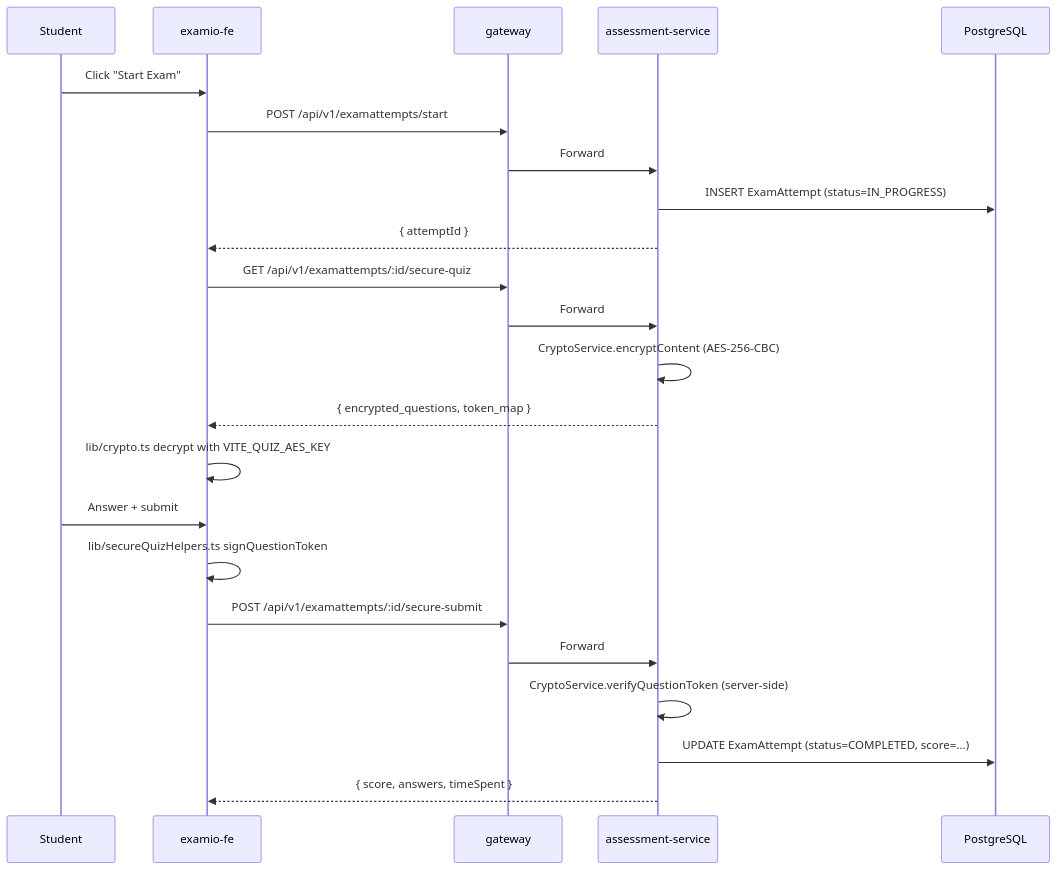
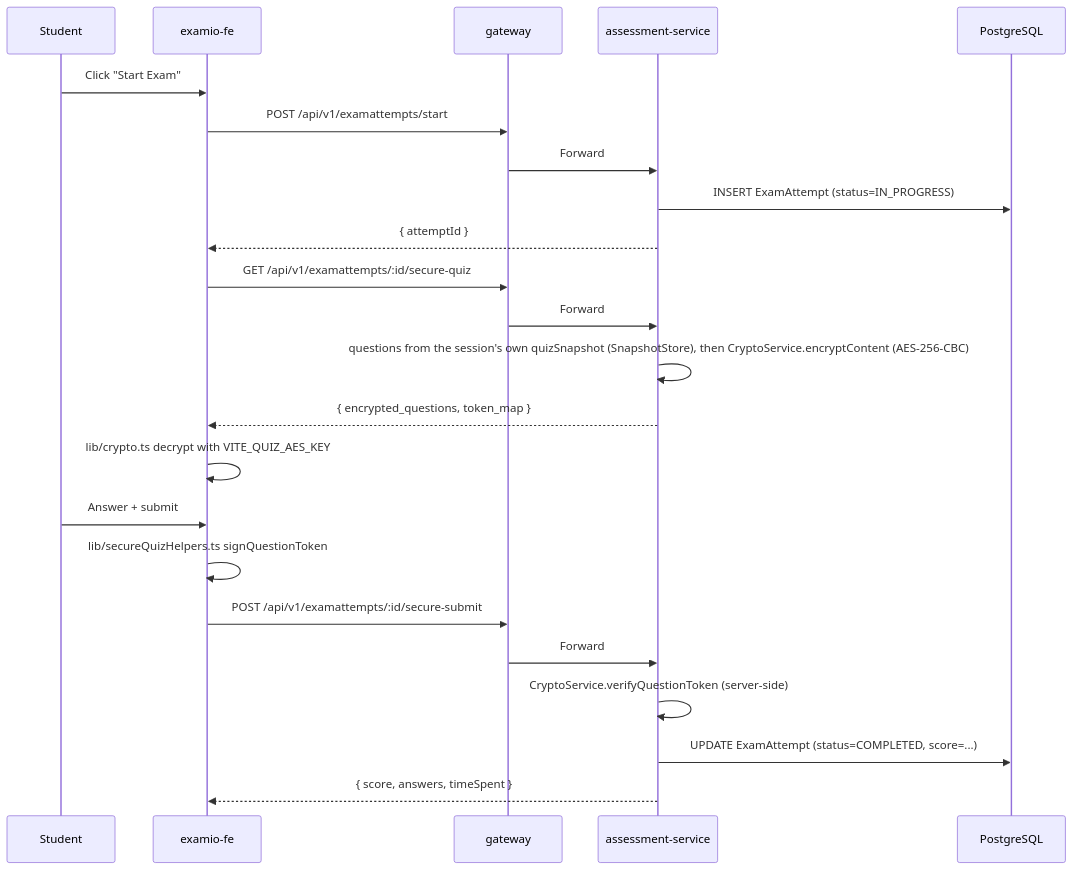
One commit to tgiap04/examio changed the seventh of 9 diagrams in docs/system/architecture.md. Above: the diagram before and after it, drawn with Mermaid. The commit also changed other lines of this file and 26 other files, not shown here.

First line of the commit message:
docs: sync architecture, system and generated docs with the microservice build

````diff
--- a/docs/system/architecture.md
+++ b/docs/system/architecture.md
@@ -371,25 +374,25 @@
 ```mermaid
 sequenceDiagram
     participant S as Student
     participant FE as examio-fe
     participant GW as gateway
     participant EX as assessment-service
     participant PG as PostgreSQL
     S->>FE: Click "Start Exam"
     FE->>GW: POST /api/v1/examattempts/start
     GW->>EX: Forward
     EX->>PG: INSERT ExamAttempt (status=IN_PROGRESS)
     EX-->>FE: { attemptId }
     FE->>GW: GET /api/v1/examattempts/:id/secure-quiz
     GW->>EX: Forward
-    EX->>EX: CryptoService.encryptContent (AES-256-CBC)
+    EX->>EX: questions from the session's own quizSnapshot (SnapshotStore), then CryptoService.encryptContent (AES-256-CBC)
     EX-->>FE: { encrypted_questions, token_map }
     FE->>FE: lib/crypto.ts decrypt with VITE_QUIZ_AES_KEY
     S->>FE: Answer + submit
     FE->>FE: lib/secureQuizHelpers.ts signQuestionToken
     FE->>GW: POST /api/v1/examattempts/:id/secure-submit
     GW->>EX: Forward
     EX->>EX: CryptoService.verifyQuestionToken (server-side)
     EX->>PG: UPDATE ExamAttempt (status=COMPLETED, score=...)
     EX-->>FE: { score, answers, timeSpent }
 ```
````
